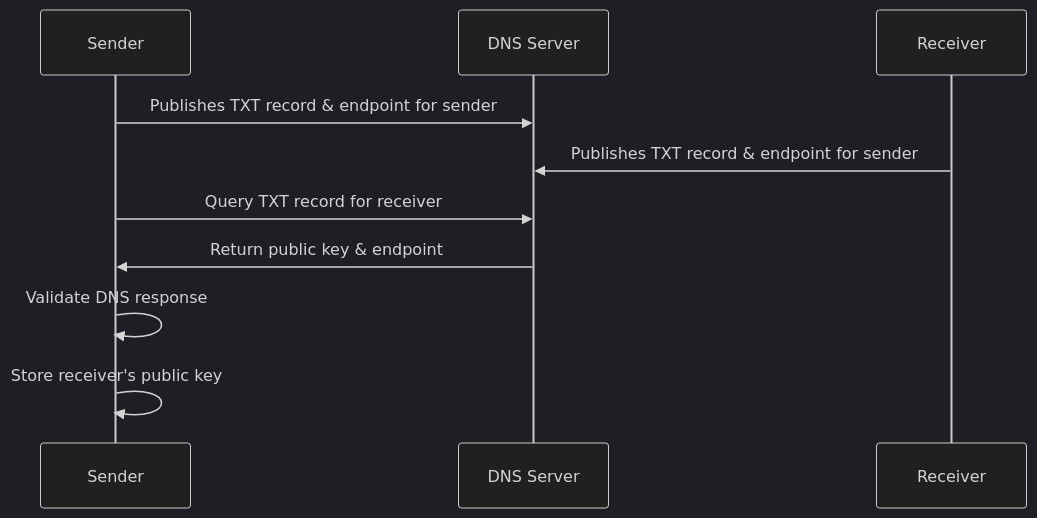
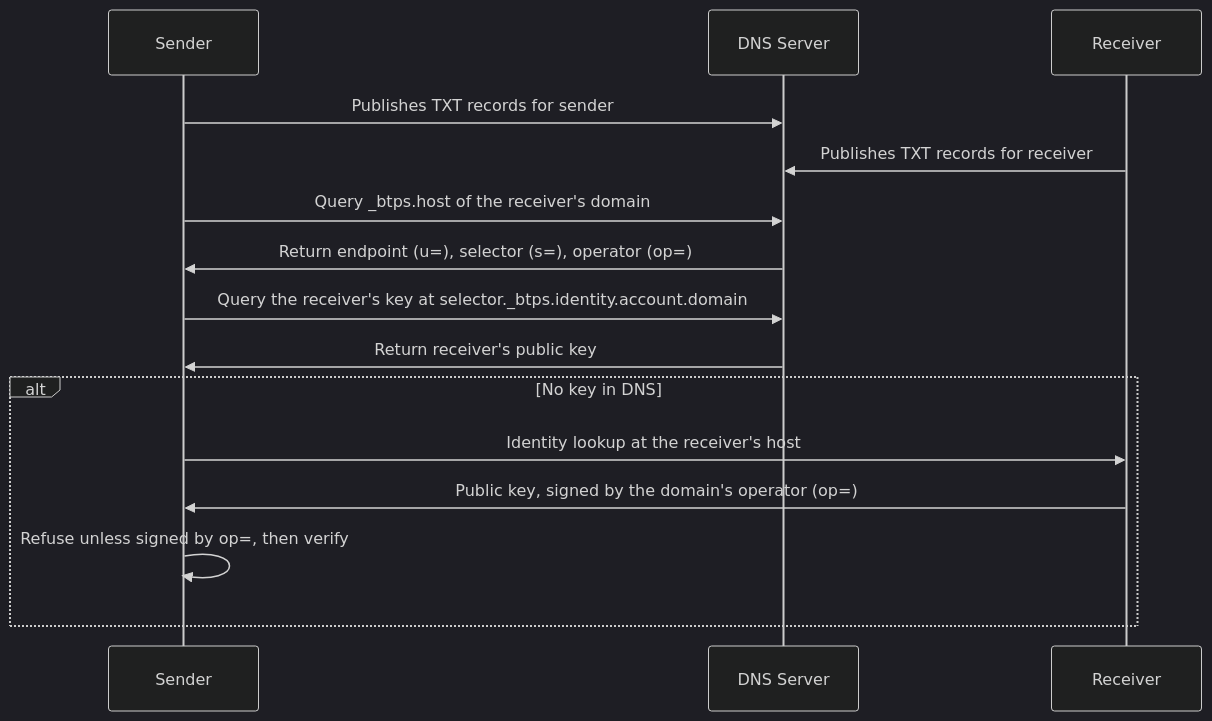
The second of 7 diagrams in docs/docusaurus/docs/protocol/messageFlow.md (openbtps/btps-node), drawn with Mermaid (dark theme) before and after one commit. The commit also changed other lines of this file and 26 other files, not shown here.

First line of the commit message:
Docs: bring every diagram in line with 1.1

````diff
--- a/docs/docusaurus/docs/protocol/messageFlow.md
+++ b/docs/docusaurus/docs/protocol/messageFlow.md
@@ -119,13 +120,18 @@
 ```mermaid
 sequenceDiagram
     participant S as Sender
     participant DNS as DNS Server
     participant R as Receiver
 
-    S->>DNS: Publishes TXT record & endpoint for sender
-    R->>DNS: Publishes TXT record & endpoint for sender
-    S->>DNS: Query TXT record for receiver
-    DNS->>S: Return public key & endpoint
-    S->>S: Validate DNS response
-    S->>S: Store receiver's public key
+    S->>DNS: Publishes TXT records for sender
+    R->>DNS: Publishes TXT records for receiver
+    S->>DNS: Query _btps.host of the receiver's domain
+    DNS->>S: Return endpoint (u=), selector (s=), operator (op=)
+    S->>DNS: Query the receiver's key at selector._btps.identity.account.domain
+    DNS->>S: Return receiver's public key
+    alt No key in DNS
+        S->>R: Identity lookup at the receiver's host
+        R->>S: Public key, signed by the domain's operator (op=)
+        S->>S: Refuse unless signed by op=, then verify
+    end
 ```
````
